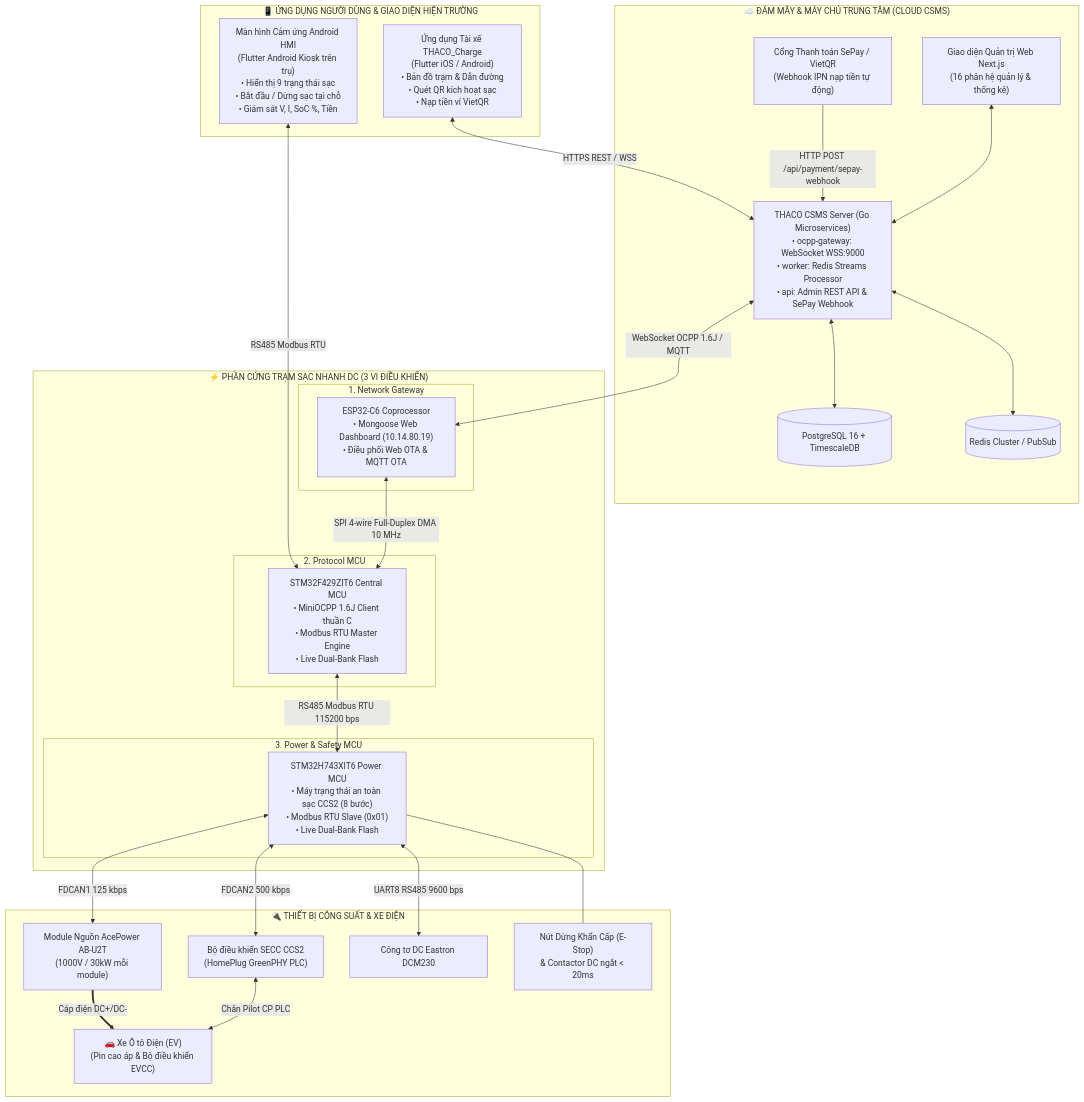
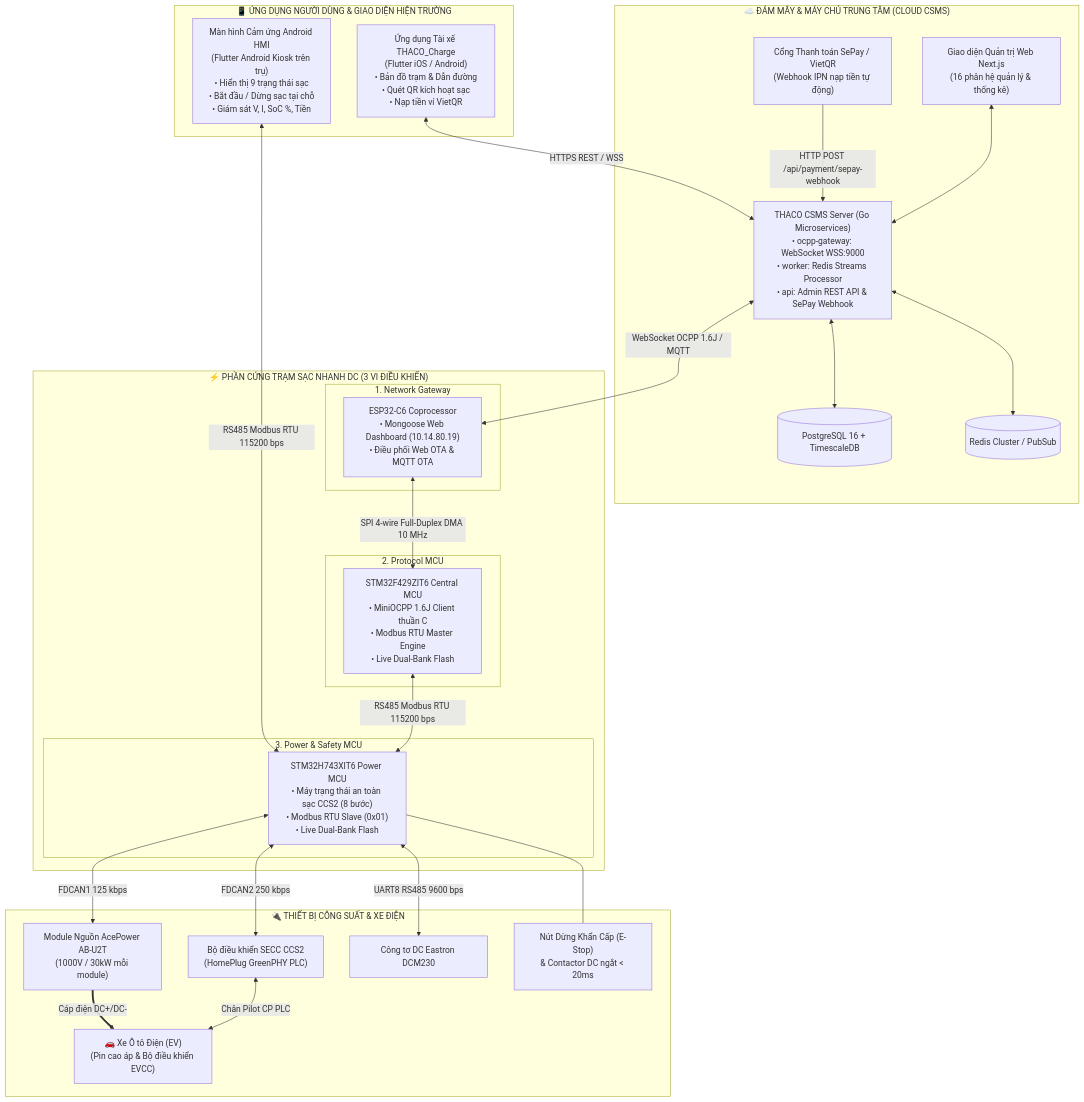
The diagram in README.md (ngoctoan150699/Docs_evse), drawn with Mermaid before and after one commit. The commit also changed 5 other files, not shown here.

Commit message:
docs: correct HMI RS485 connection to H743, SECC CAN 250k baudrate, and document master-slave roles with CAN IDs

````diff
--- a/README.md
+++ b/README.md
@@ -31,51 +31,51 @@
 ```mermaid
 flowchart TD
     subgraph CLOUD ["☁️ ĐÁM MÂY & MÁY CHỦ TRUNG TÂM (CLOUD CSMS)"]
         CSMS["THACO CSMS Server (Go Microservices)<br/>• ocpp-gateway: WebSocket WSS:9000<br/>• worker: Redis Streams Processor<br/>• api: Admin REST API & SePay Webhook"]
         DB[("PostgreSQL 16 + TimescaleDB")]
         REDIS[("Redis Cluster / PubSub")]
         ADMIN_WEB["Giao diện Quản trị Web Next.js<br/>(16 phân hệ quản lý & thống kê)"]
         SEPAY_GATEWAY["Cổng Thanh toán SePay / VietQR<br/>(Webhook IPN nạp tiền tự động)"]
         CSMS <--> DB
         CSMS <--> REDIS
         ADMIN_WEB <--> CSMS
         SEPAY_GATEWAY -->|HTTP POST /api/payment/sepay-webhook| CSMS
     end
 
     subgraph CLIENT_APPS ["📱 ỨNG DỤNG NGƯỜI DÙNG & GIAO DIỆN HIỆN TRƯỜNG"]
         DRIVER_APP["Ứng dụng Tài xế THACO_Charge<br/>(Flutter iOS / Android)<br/>• Bản đồ trạm & Dẫn đường<br/>• Quét QR kích hoạt sạc<br/>• Nạp tiền ví VietQR"]
         HMI["Màn hình Cảm ứng Android HMI<br/>(Flutter Android Kiosk trên trụ)<br/>• Hiển thị 9 trạng thái sạc<br/>• Bắt đầu / Dừng sạc tại chỗ<br/>• Giám sát V, I, SoC %, Tiền"]
     end
 
     subgraph EVSE_STATION ["⚡ PHẦN CỨNG TRẠM SẠC NHANH DC (3 VI ĐIỀU KHIỂN)"]
         subgraph TIER1 ["1. Network Gateway"]
             ESP["ESP32-C6 Coprocessor<br/>• Mongoose Web Dashboard (10.14.80.19)<br/>• Điều phối Web OTA & MQTT OTA"]
         end
         subgraph TIER2 ["2. Protocol MCU"]
             F4["STM32F429ZIT6 Central MCU<br/>• MiniOCPP 1.6J Client thuần C<br/>• Modbus RTU Master Engine<br/>• Live Dual-Bank Flash"]
         end
         subgraph TIER3 ["3. Power & Safety MCU"]
             H7["STM32H743XIT6 Power MCU<br/>• Máy trạng thái an toàn sạc CCS2 (8 bước)<br/>• Modbus RTU Slave (0x01)<br/>• Live Dual-Bank Flash"]
         end
     end
 
     subgraph HARDWARE_LOAD ["🔌 THIẾT BỊ CÔNG SUẤT & XE ĐIỆN"]
         ACE["Module Nguồn AcePower AB-U2T<br/>(1000V / 30kW mỗi module)"]
         SECC["Bộ điều khiển SECC CCS2<br/>(HomePlug GreenPHY PLC)"]
         DCM["Công tơ DC Eastron DCM230"]
         ESTOP["Nút Dừng Khẩn Cấp (E-Stop)<br/>& Contactor DC ngắt < 20ms"]
         CAR["🚗 Xe Ô tô Điện (EV)<br/>(Pin cao áp & Bộ điều khiển EVCC)"]
     end
 
     DRIVER_APP <-->|HTTPS REST / WSS| CSMS
     CSMS <-->|WebSocket OCPP 1.6J / MQTT| ESP
     ESP <-->|SPI 4-wire Full-Duplex DMA 10 MHz| F4
     F4 <-->|RS485 Modbus RTU 115200 bps| H7
-    HMI <-->|RS485 Modbus RTU| F4
+    HMI <-->|RS485 Modbus RTU 115200 bps| H7
     H7 <-->|FDCAN1 125 kbps| ACE
-    H7 <-->|FDCAN2 500 kbps| SECC
+    H7 <-->|FDCAN2 250 kbps| SECC
     H7 <-->|UART8 RS485 9600 bps| DCM
     H7 --- ESTOP
     SECC <-->|Chân Pilot CP PLC| CAR
     ACE ==>|Cáp điện DC+/DC-| CAR
 ```
````
